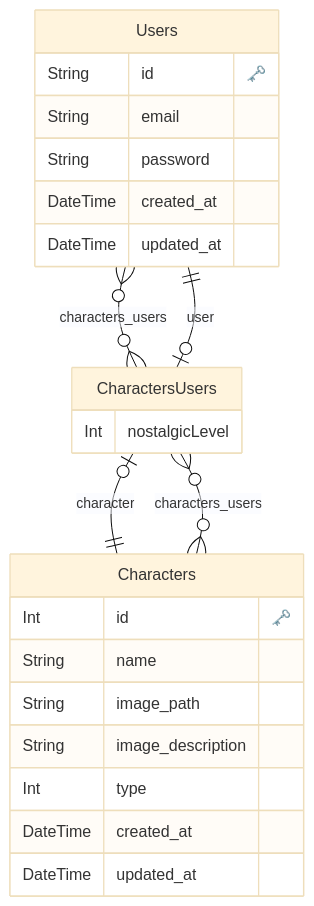
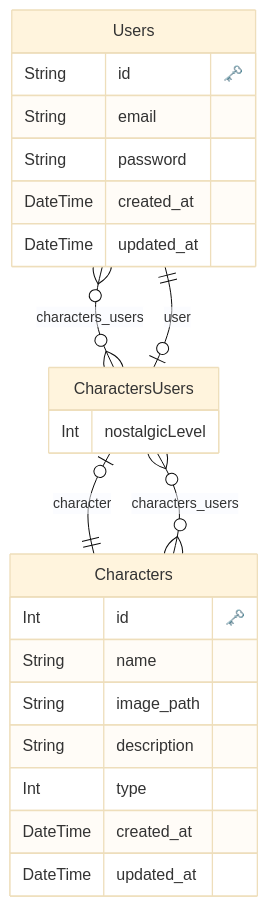
The diagram in prisma/erd.md (hal2024-HOLO-ME/holome-backend), drawn with Mermaid (base theme) before and after one commit. The commit also changed 3 other files, not shown here.

Commit message:
fix: charactersのschema変更

````diff
--- a/prisma/erd.md
+++ b/prisma/erd.md
@@ -1,32 +1,32 @@
 ```mermaid
 erDiagram
 
   "Users" {
     String id "🗝️"
     String email 
     String password 
     DateTime created_at 
     DateTime updated_at 
     }
   
 
   "Characters" {
     Int id "🗝️"
     String name 
     String image_path 
-    String image_description 
+    String description 
     Int type 
     DateTime created_at 
     DateTime updated_at 
     }
   
 
   "CharactersUsers" {
     Int nostalgicLevel 
     }
   
     "Users" o{--}o "CharactersUsers" : "characters_users"
     "Characters" o{--}o "CharactersUsers" : "characters_users"
     "CharactersUsers" o|--|| "Users" : "user"
     "CharactersUsers" o|--|| "Characters" : "character"
 ```
````
